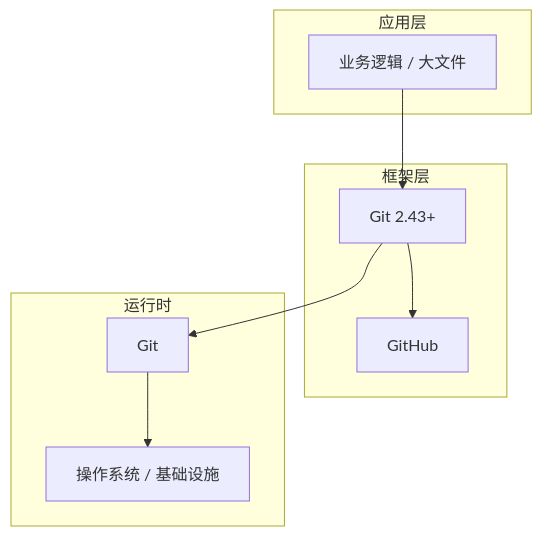
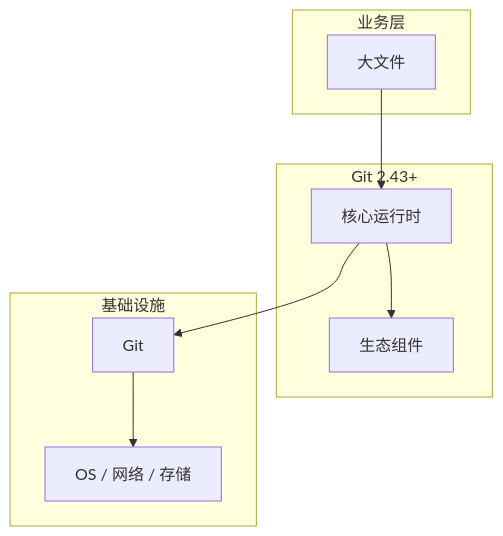
Before and after one commit to yanggan2015/knowledge-json-v2: the diagram in articles/Git版本控制/chapters/061-大文件核心概念与原理.md, drawn with Mermaid. The commit also changed other lines of this file and 10127 other files, not shown here.

````diff
--- a/articles/Git版本控制/chapters/061-大文件核心概念与原理.md
+++ b/articles/Git版本控制/chapters/061-大文件核心概念与原理.md
@@ -45,18 +34,18 @@
 ```mermaid
 graph TB
-    subgraph 应用层
-        A[业务逻辑 / 大文件]
+    subgraph 业务层
+        A[大文件]
     end
-    subgraph 框架层
-        B[Git 2.43+]
-        C[GitHub]
+    subgraph Git 2.43+
+        B[核心运行时]
+        C[生态组件]
     end
-    subgraph 运行时
+    subgraph 基础设施
         D[Git]
-        E[操作系统 / 基础设施]
+        E[OS / 网络 / 存储]
     end
     A --> B
     B --> C
     B --> D
     D --> E
 ```
````
